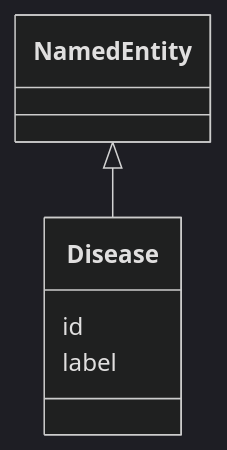
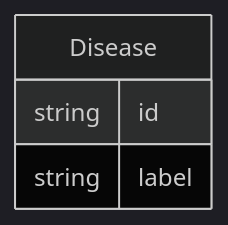
One commit to monarch-initiative/ontogpt changed the diagram in docs/ctd/Disease.md. Above: the diagram before and after it, drawn with Mermaid (dark theme). The commit also changed other lines of this file and 187 other files, not shown here.

````diff
--- a/docs/ctd/Disease.md
+++ b/docs/ctd/Disease.md
@@ -8,9 +8,10 @@
 ```mermaid
- classDiagram
-    class Disease
-      NamedEntity <|-- Disease
-      
-      Disease : id
-      Disease : label
-      
+erDiagram
+Disease {
+    string id  
+    string label  
+}
+
+
+
 ```
````
